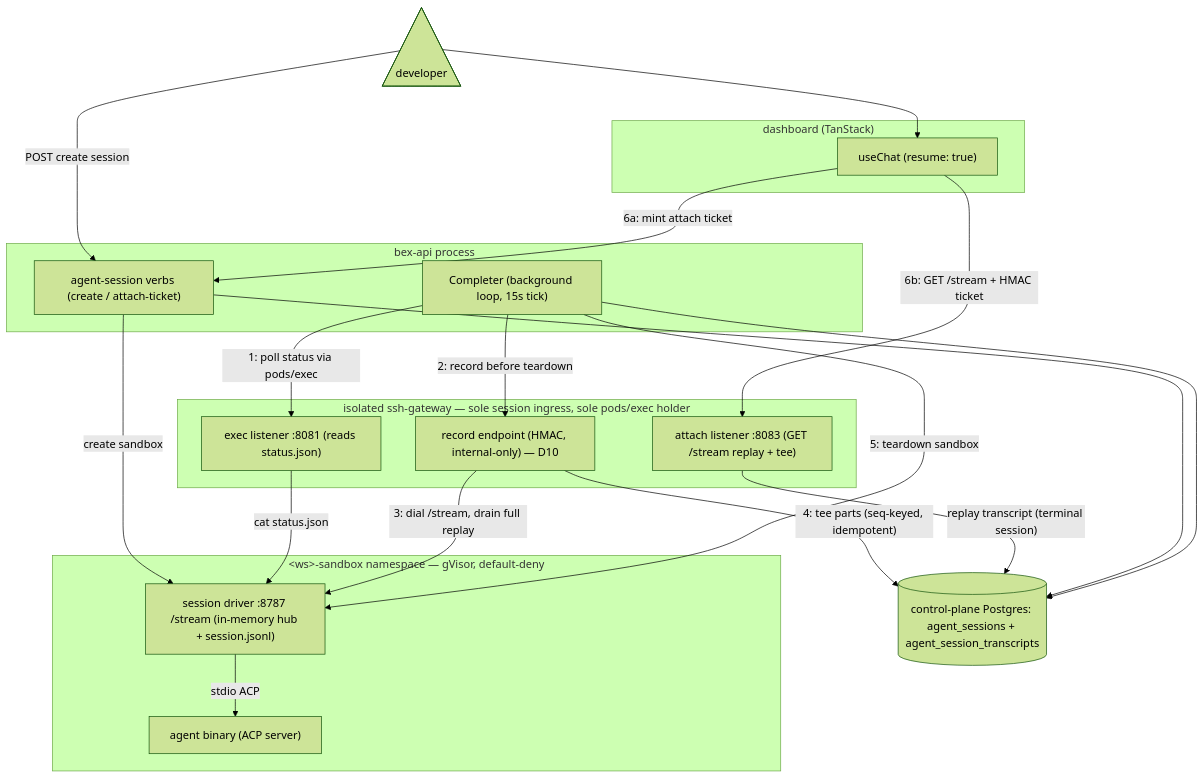
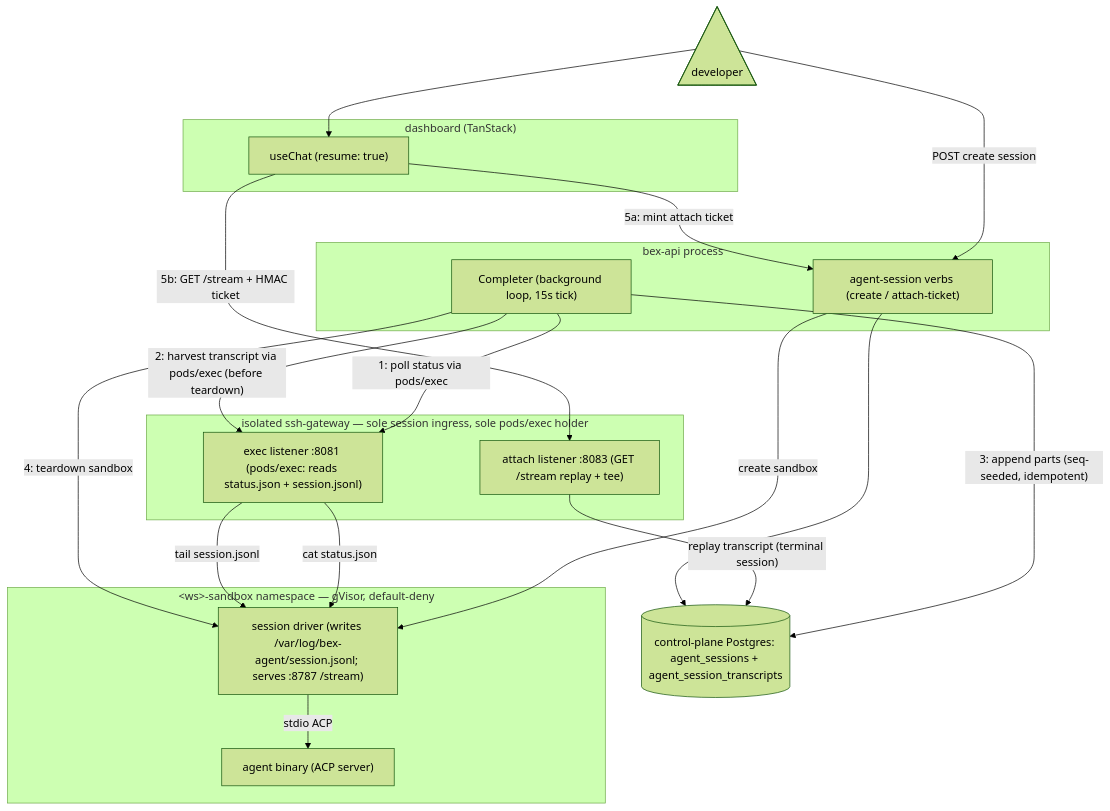
One commit to cuckoo-network/cuckoo changed the diagram in docs/ADR051-agent-session-transcript.md. Above: the diagram before and after it, drawn with Mermaid (forest theme). The commit also changed other lines of this file and 15 other files, not shown here.

````diff
--- a/docs/ADR051-agent-session-transcript.md
+++ b/docs/ADR051-agent-session-transcript.md
@@ -38,44 +40,42 @@
 ```mermaid
 flowchart TB
   dev@{ shape: tri, label: "developer" }
 
   subgraph dash["dashboard (TanStack)"]
     chat["useChat (resume: true)"]
   end
 
   subgraph api["bex-api process"]
     verbs["agent-session verbs (create / attach-ticket)"]
     comp["Completer (background loop, 15s tick)"]
   end
 
   cpdb[("control-plane Postgres: agent_sessions + agent_session_transcripts")]
 
   subgraph gw["isolated ssh-gateway — sole session ingress, sole pods/exec holder"]
-    exec["exec listener :8081 (reads status.json)"]
-    rec["record endpoint (HMAC, internal-only) — D10"]
+    exec["exec listener :8081 (pods/exec: reads status.json + session.jsonl)"]
     attach["attach listener :8083 (GET /stream replay + tee)"]
   end
 
   subgraph sb["&lt;ws&gt;-sandbox namespace — gVisor, default-deny"]
-    driver["session driver :8787 /stream (in-memory hub + session.jsonl)"]
+    driver["session driver (writes /var/log/bex-agent/session.jsonl; serves :8787 /stream)"]
     agent["agent binary (ACP server)"]
   end
 
   dev --> chat
   dev -->|"POST create session"| verbs
   verbs -->|"create sandbox"| driver
   driver -->|"stdio ACP"| agent
 
   comp -->|"1: poll status via pods/exec"| exec
   exec -->|"cat status.json"| driver
-  comp -->|"2: record before teardown"| rec
-  rec -->|"3: dial /stream, drain full replay"| driver
-  rec -->|"4: tee parts (seq-keyed, idempotent)"| cpdb
-  comp -->|"5: teardown sandbox"| driver
+  comp -->|"2: harvest transcript via pods/exec (before teardown)"| exec
+  exec -->|"tail session.jsonl"| driver
+  comp -->|"3: append parts (seq-seeded, idempotent)"| cpdb
+  comp -->|"4: teardown sandbox"| driver
 
-  chat -->|"6a: mint attach ticket"| verbs
-  chat -->|"6b: GET /stream + HMAC ticket"| attach
+  chat -->|"5a: mint attach ticket"| verbs
+  chat -->|"5b: GET /stream + HMAC ticket"| attach
   attach -->|"replay transcript (terminal session)"| cpdb
   verbs --> cpdb
-  comp --> cpdb
 ```
````
